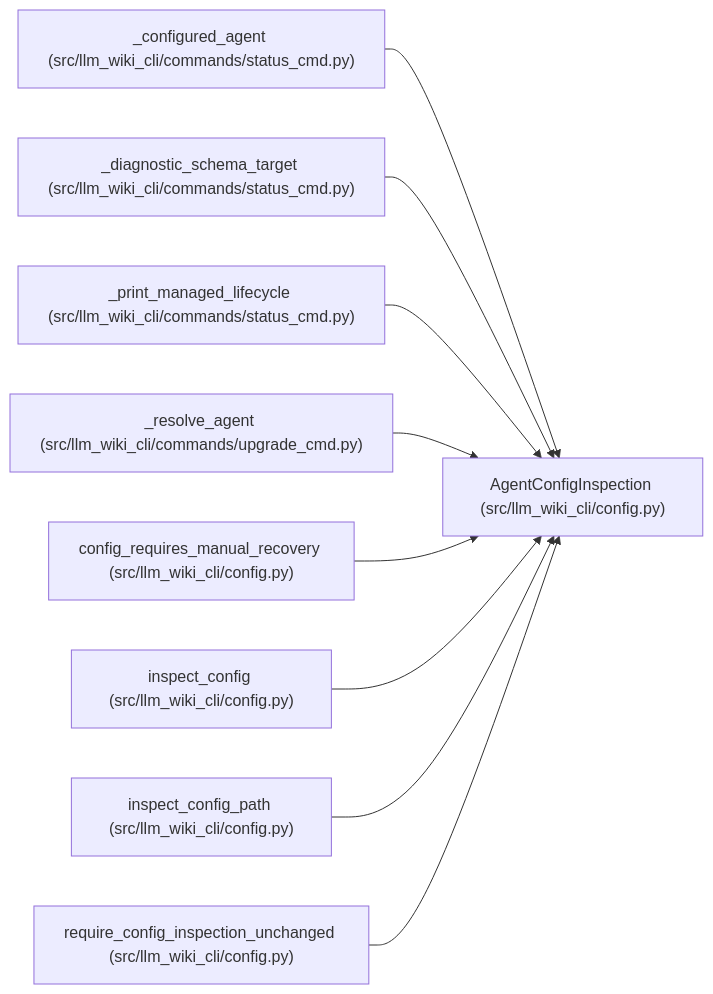
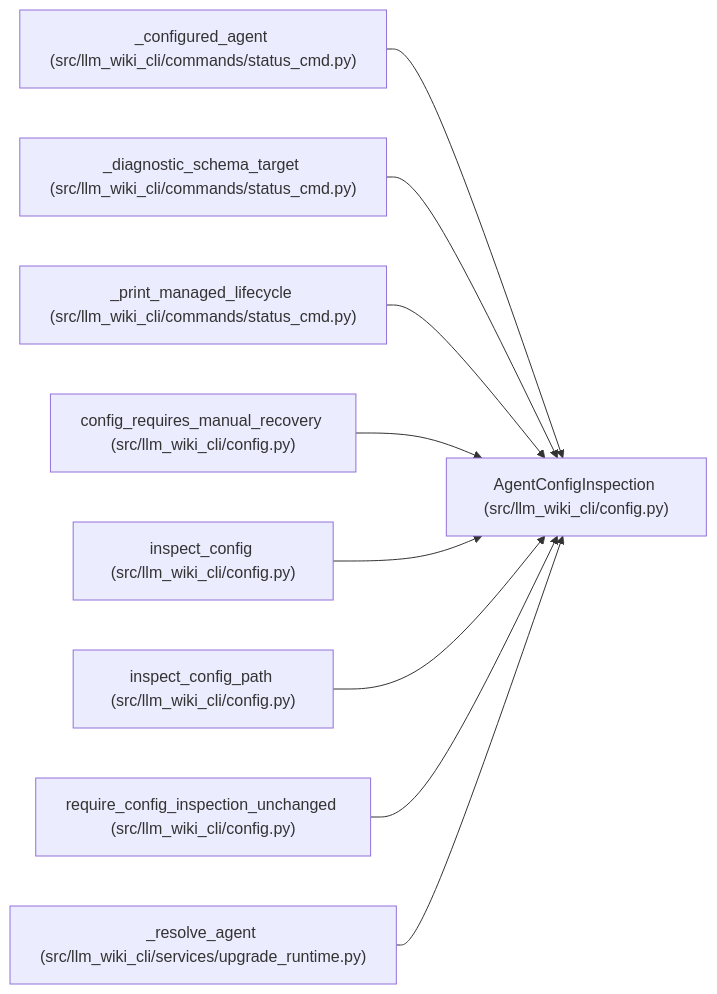
One commit to Denissvgn/python-wiki-llm changed the diagram in docs/llm_wiki/entities/AgentConfigInspection.md. Above: the diagram before and after it, drawn with Mermaid. The commit also changed other lines of this file and 1555 other files, not shown here.

````diff
--- a/docs/llm_wiki/entities/AgentConfigInspection.md
+++ b/docs/llm_wiki/entities/AgentConfigInspection.md
@@ -31,29 +31,29 @@
 ```mermaid
 flowchart LR
     n0["AgentConfigInspection (src/llm_wiki_cli/config.py)"]
     n1["_configured_agent (src/llm_wiki_cli/commands/status_cmd.py)"]
     n2["_diagnostic_schema_target (src/llm_wiki_cli/commands/status_cmd.py)"]
     n3["_print_managed_lifecycle (src/llm_wiki_cli/commands/status_cmd.py)"]
-    n4["_resolve_agent (src/llm_wiki_cli/commands/upgrade_cmd.py)"]
-    n5["config_requires_manual_recovery (src/llm_wiki_cli/config.py)"]
-    n6["inspect_config (src/llm_wiki_cli/config.py)"]
-    n7["inspect_config_path (src/llm_wiki_cli/config.py)"]
-    n8["require_config_inspection_unchanged (src/llm_wiki_cli/config.py)"]
+    n4["config_requires_manual_recovery (src/llm_wiki_cli/config.py)"]
+    n5["inspect_config (src/llm_wiki_cli/config.py)"]
+    n6["inspect_config_path (src/llm_wiki_cli/config.py)"]
+    n7["require_config_inspection_unchanged (src/llm_wiki_cli/config.py)"]
+    n8["_resolve_agent (src/llm_wiki_cli/services/upgrade_runtime.py)"]
     n1 --> n0
     n2 --> n0
     n3 --> n0
     n4 --> n0
     n5 --> n0
     n6 --> n0
     n7 --> n0
     n8 --> n0
     click n0 "../modules/config.md"
     click n1 "../modules/status_cmd.md"
     click n2 "../modules/status_cmd.md"
     click n3 "../modules/status_cmd.md"
-    click n4 "../modules/upgrade_cmd.md"
+    click n4 "../modules/config.md"
     click n5 "../modules/config.md"
     click n6 "../modules/config.md"
     click n7 "../modules/config.md"
-    click n8 "../modules/config.md"
+    click n8 "../modules/upgrade_runtime.md"
 ```
````
